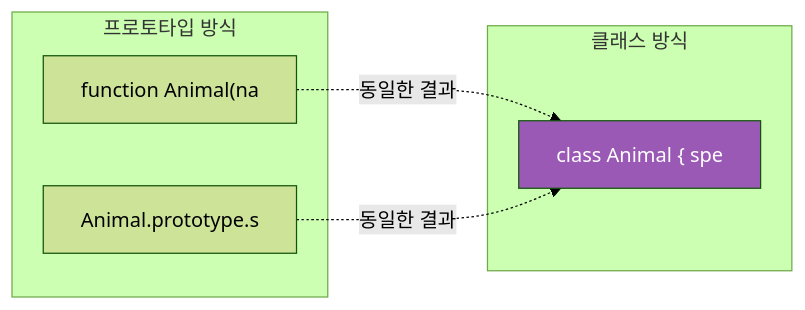
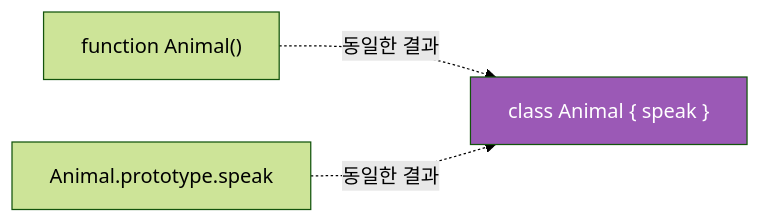
One commit to yjkim2015/yjkim2015.github.io changed the fourth of 6 diagrams in _posts/frontend/2026-05-02-js-prototype.md. Above: the diagram before and after it, drawn with Mermaid (forest theme). The commit also changed 155 other files, not shown here.

First line of the commit message:
Mermaid 전면 수정: subgraph 제거, participant/노드/줄수 축소 (342블록)

````diff
--- a/_posts/frontend/2026-05-02-js-prototype.md
+++ b/_posts/frontend/2026-05-02-js-prototype.md
@@ -191,13 +191,9 @@
 ```mermaid
 graph LR
-    subgraph "프로토타입 방식"
-        PF["function Animal(na"]
-        PP["Animal.prototype.s"]
-    end
-    subgraph "클래스 방식"
-        CC["class Animal { spe"]
-    end
+    PF["function Animal()"]
+    PP["Animal.prototype.speak"]
+    CC["class Animal { speak }"]
     PF -.->|"동일한 결과"| CC
     PP -.->|"동일한 결과"| CC
     style CC fill:#9b59b6,color:#fff
 ```
````
